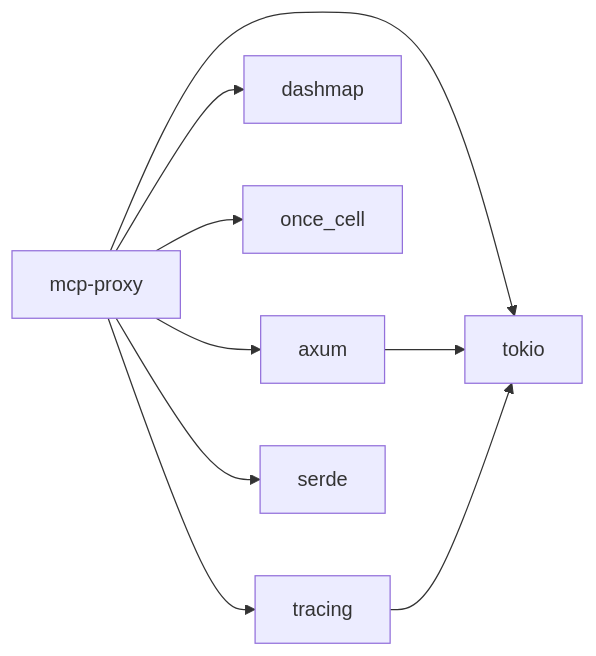
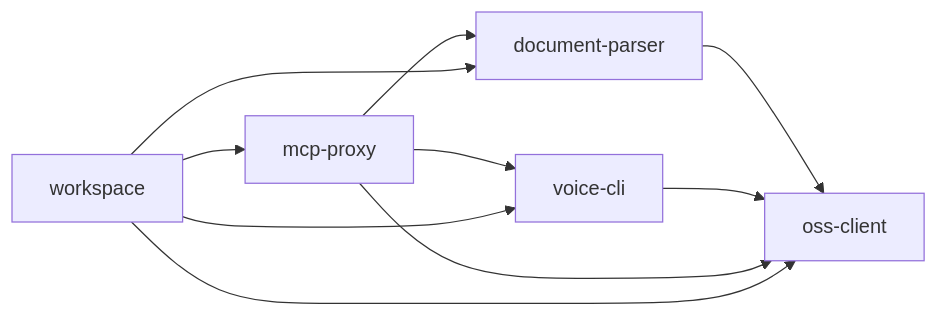
One commit to nuwax-ai/mcp-proxy changed the seventh of 7 diagrams in .qoder/repowiki/zh/content/项目概述.md. Above: the diagram before and after it, drawn with Mermaid. The commit also changed other lines of this file and 147 other files, not shown here.

````diff
--- a/.qoder/repowiki/zh/content/项目概述.md
+++ b/.qoder/repowiki/zh/content/项目概述.md
@@ -192,11 +267,12 @@
 ```mermaid
 graph LR
-mcp-proxy --> axum
-mcp-proxy --> tokio
-mcp-proxy --> dashmap
-mcp-proxy --> once_cell
-mcp-proxy --> tracing
-mcp-proxy --> serde
-axum --> tokio
-tracing --> tokio
+mcp-proxy --> document-parser
+mcp-proxy --> voice-cli
+document-parser --> oss-client
+voice-cli --> oss-client
+mcp-proxy --> oss-client
+workspace --> mcp-proxy
+workspace --> document-parser
+workspace --> voice-cli
+workspace --> oss-client
 ```
````
